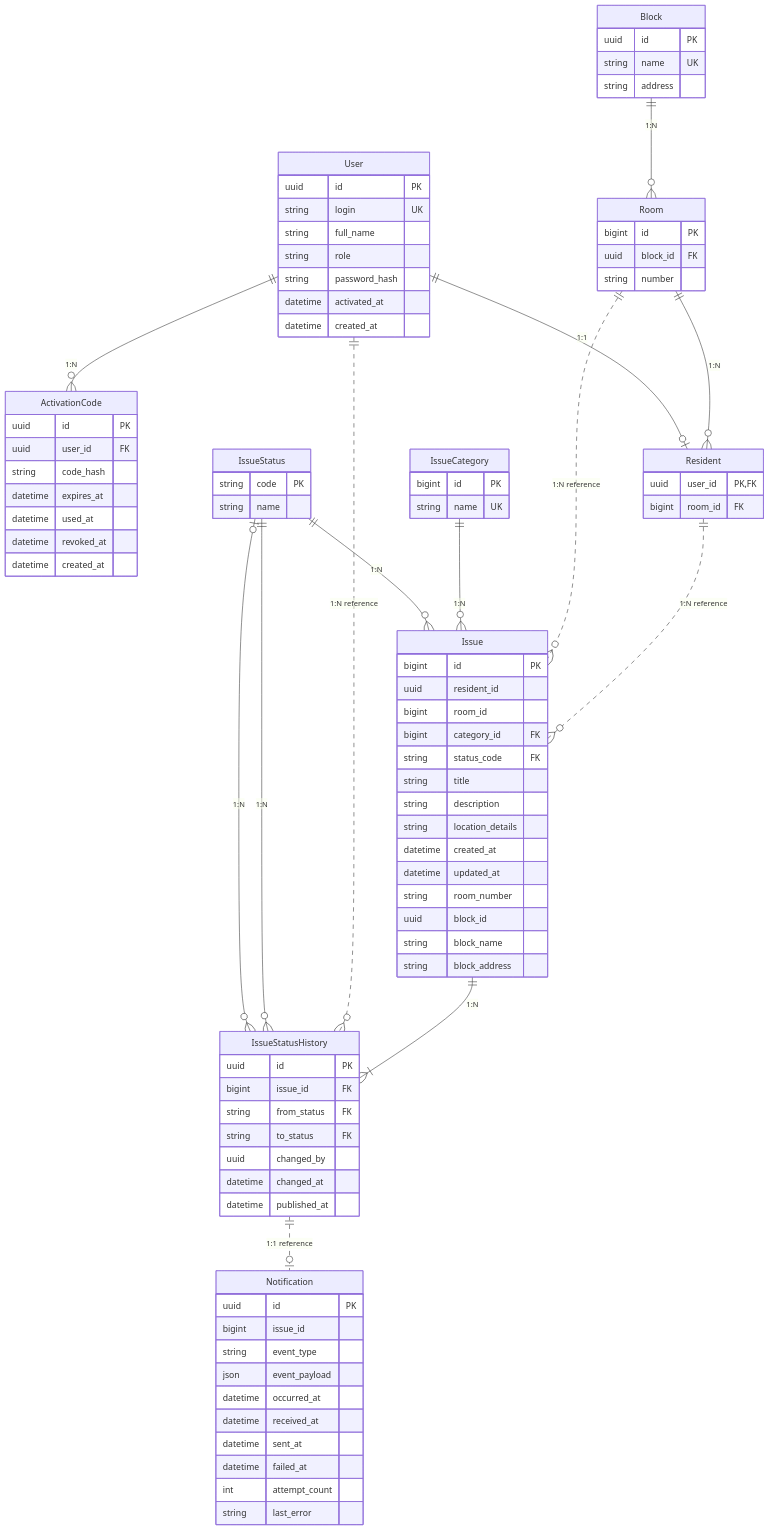
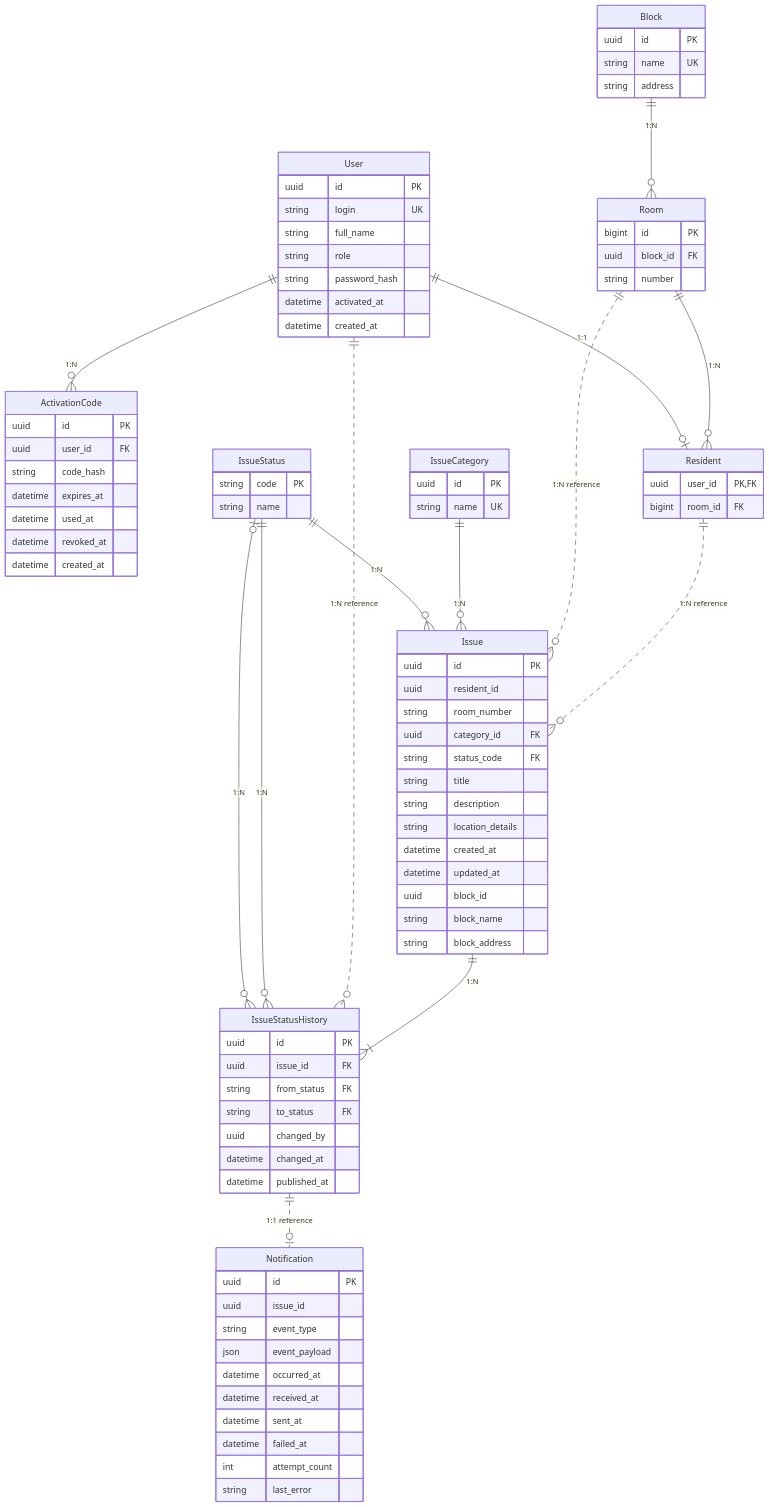
One commit to GKDI-Team/dorm-support-documents changed the diagram in dormsupport/diagrams/erd.mmd. Above: the diagram before and after it, drawn with Mermaid. The commit also changed 3 other files, not shown here.

```diff
--- a/dormsupport/diagrams/erd.mmd
+++ b/dormsupport/diagrams/erd.mmd
@@ -1,91 +1,90 @@
 erDiagram
     User ||--o{ ActivationCode : "1:N"
     Block ||--o{ Room : "1:N"
     Room ||--o{ Resident : "1:N"
     User ||--o| Resident : "1:1"
     Resident ||..o{ Issue : "1:N reference"
     Room ||..o{ Issue : "1:N reference"
     IssueCategory ||--o{ Issue : "1:N"
     IssueStatus ||--o{ Issue : "1:N"
     Issue ||--|{ IssueStatusHistory : "1:N"
     User ||..o{ IssueStatusHistory : "1:N reference"
     IssueStatus ||--o{ IssueStatusHistory : "1:N"
     IssueStatus o|--o{ IssueStatusHistory : "1:N"
     IssueStatusHistory ||..o| Notification : "1:1 reference"
     User {
         uuid id PK
         string login UK
         string full_name
         string role
         string password_hash
         datetime activated_at
         datetime created_at
     }
     ActivationCode {
         uuid id PK
         uuid user_id FK
         string code_hash
         datetime expires_at
         datetime used_at
         datetime revoked_at
         datetime created_at
     }
     Block {
         uuid id PK
         string name UK
         string address
     }
     Room {
         bigint id PK
         uuid block_id FK
         string number
     }
     Resident {
         uuid user_id PK,FK
         bigint room_id FK
     }
     IssueCategory {
-        bigint id PK
+        uuid id PK
         string name UK
     }
     IssueStatus {
         string code PK
         string name
     }
     Issue {
-        bigint id PK
+        uuid id PK
         uuid resident_id
-        bigint room_id
-        bigint category_id FK
+        string room_number
+        uuid category_id FK
         string status_code FK
         string title
         string description
         string location_details
         datetime created_at
         datetime updated_at
-        string room_number
         uuid block_id
         string block_name
         string block_address
     }
     IssueStatusHistory {
         uuid id PK
-        bigint issue_id FK
+        uuid issue_id FK
         string from_status FK
         string to_status FK
         uuid changed_by
         datetime changed_at
         datetime published_at
     }
     Notification {
         uuid id PK
-        bigint issue_id
+        uuid issue_id
         string event_type
         json event_payload
         datetime occurred_at
         datetime received_at
         datetime sent_at
         datetime failed_at
         int attempt_count
         string last_error
     }
```
